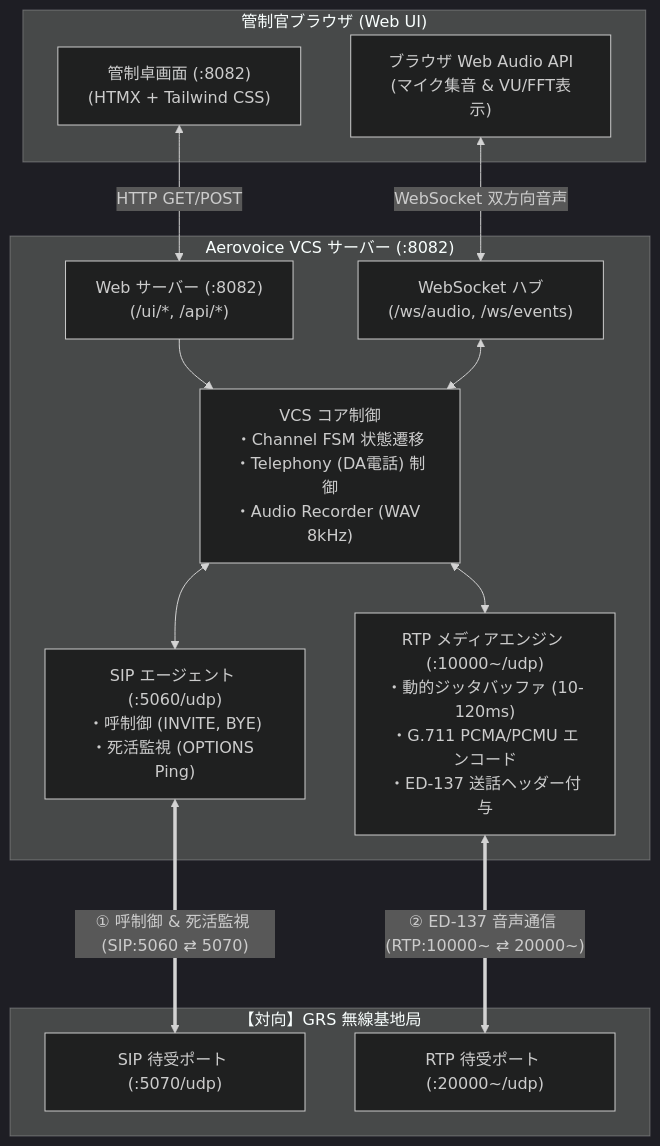
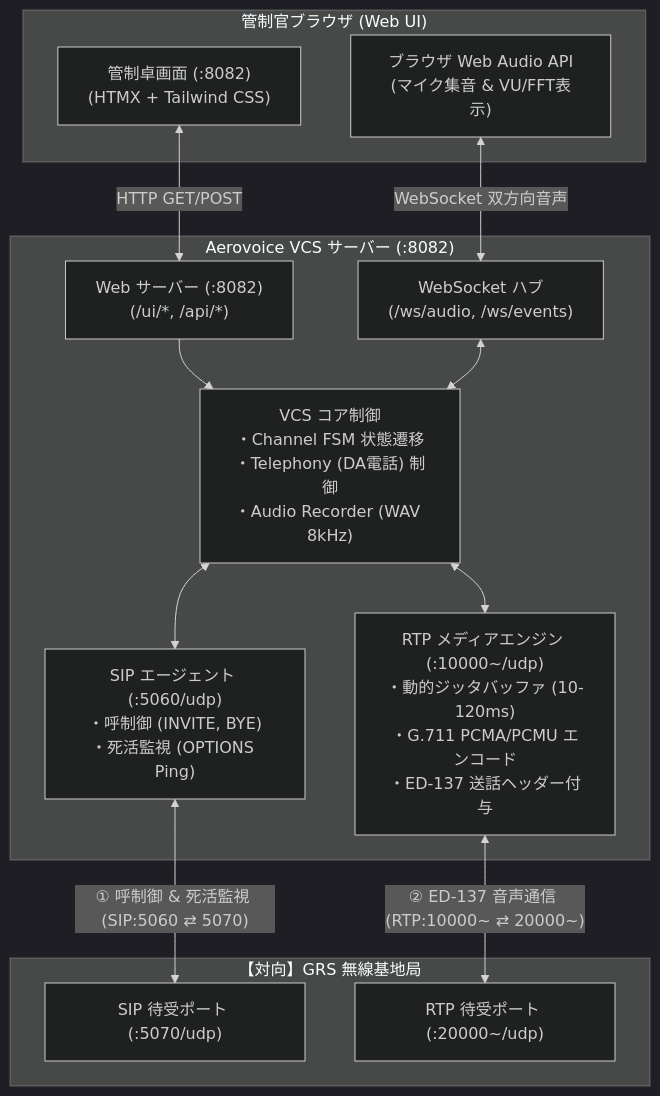
The first of 2 diagrams in README.ja.md (sh0jitmy/aerovoice), drawn with Mermaid (dark theme) before and after one commit. The commit also changed other lines of this file and 5 other files, not shown here.

Commit message:
fix(docs): resolve Mermaid syntax errors in system architecture and manual diagrams

````diff
--- a/README.ja.md
+++ b/README.ja.md
@@ -79,31 +79,31 @@
 ```mermaid
 flowchart TB
     subgraph Browser["管制官ブラウザ (Web UI)"]
         VCS_UI["管制卓画面 (:8082)<br/>(HTMX + Tailwind CSS)"]
         VCS_Audio["ブラウザ Web Audio API<br/>(マイク集音 & VU/FFT表示)"]
     end
 
     subgraph VCS_Host["Aerovoice VCS サーバー (:8082)"]
         VCS_Web["Web サーバー (:8082)<br/>(/ui/*, /api/*)"]
         VCS_WS["WebSocket ハブ<br/>(/ws/audio, /ws/events)"]
         VCS_Core["VCS コア制御<br/>・Channel FSM 状態遷移<br/>・Telephony (DA電話) 制御<br/>・Audio Recorder (WAV 8kHz)"]
         VCS_SIP["SIP エージェント (:5060/udp)<br/>・呼制御 (INVITE, BYE)<br/>・死活監視 (OPTIONS Ping)"]
         VCS_RTP["RTP メディアエンジン (:10000~/udp)<br/>・動的ジッタバッファ (10-120ms)<br/>・G.711 PCMA/PCMU エンコード<br/>・ED-137 送話ヘッダー付与"]
     end
 
     subgraph GRS_Remote["【対向】GRS 無線基地局"]
         Remote_SIP["SIP 待受ポート (:5070/udp)"]
         Remote_RTP["RTP 待受ポート (:20000~/udp)"]
     end
 
-    VCS_UI <-->|HTTP GET/POST| VCS_Web
-    VCS_Audio <-->|WebSocket 双方向音声| VCS_WS
+    VCS_UI <-->|"HTTP GET/POST"| VCS_Web
+    VCS_Audio <-->|"WebSocket 双方向音声"| VCS_WS
     VCS_Web --> VCS_Core
     VCS_WS <--> VCS_Core
 
     VCS_Core <--> VCS_SIP
     VCS_Core <--> VCS_RTP
 
-    VCS_SIP <===>|"① 呼制御 & 死活監視 (SIP:5060 ⇄ 5070)"| Remote_SIP
-    VCS_RTP <===>|"② ED-137 音声通信 (RTP:10000~ ⇄ 20000~)"| Remote_RTP
+    VCS_SIP <-->|"① 呼制御 & 死活監視 (SIP:5060 ⇄ 5070)"| Remote_SIP
+    VCS_RTP <-->|"② ED-137 音声通信 (RTP:10000~ ⇄ 20000~)"| Remote_RTP
 ```
````
